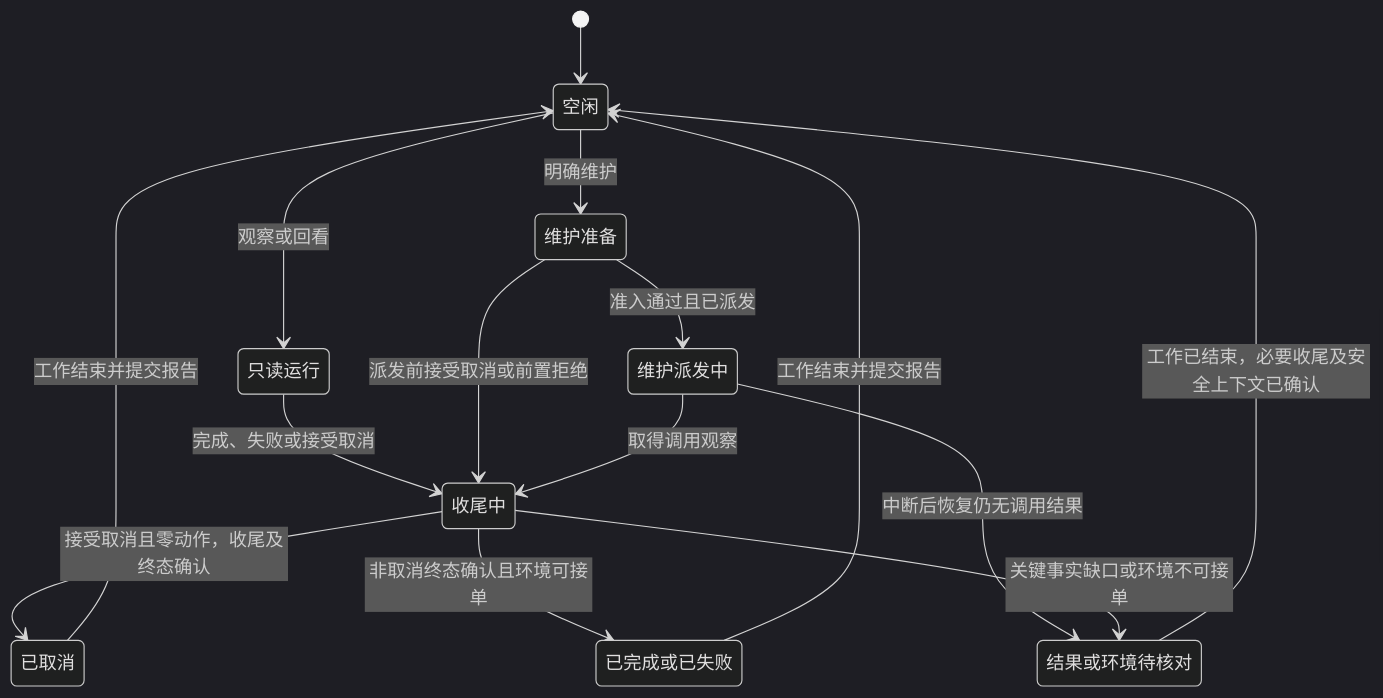
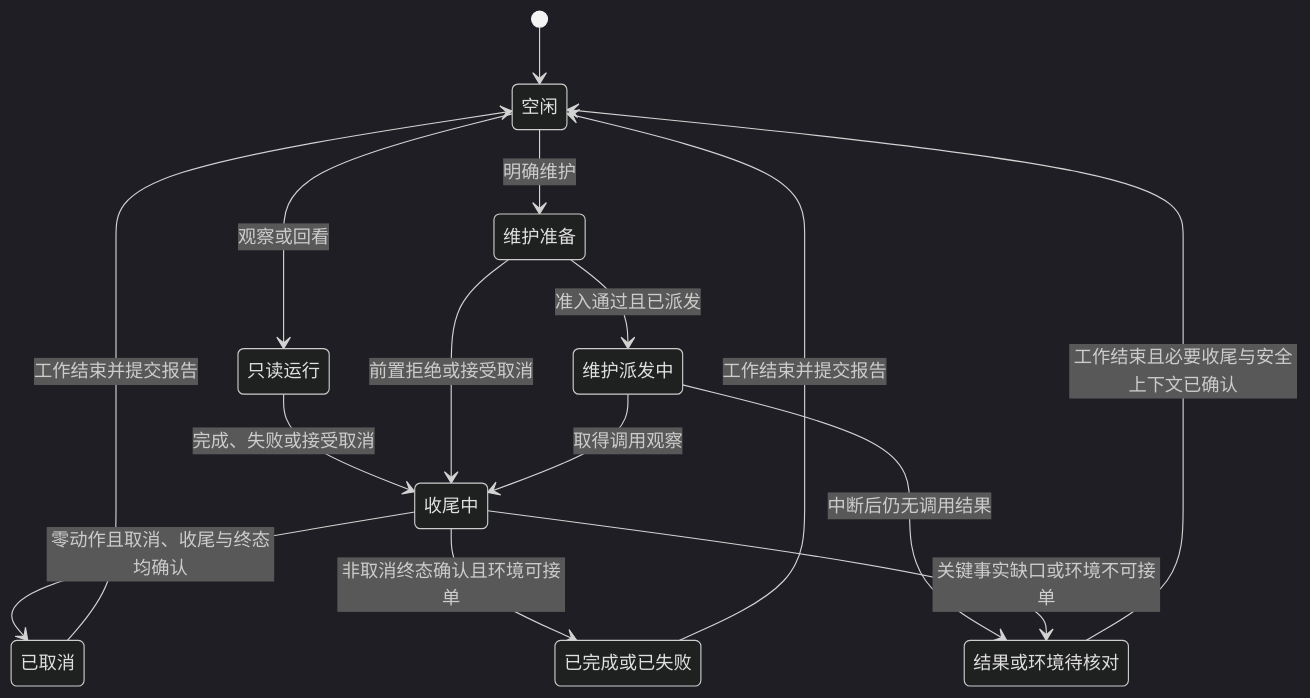
The fourth of 4 diagrams in docs/CPU 内存清理 架构设计.md (DreamSoul-AI/cpu-memory-cleanup), drawn with Mermaid (dark theme) before and after one commit. The commit also changed other lines of this file and 39 other files, not shown here.

````diff
--- a/docs/CPU 内存清理 架构设计.md
+++ b/docs/CPU 内存清理 架构设计.md
@@ -132,25 +146,25 @@
 ```mermaid
 stateDiagram-v2
     state "空闲" as Idle
     state "只读运行" as Reading
     state "维护准备" as Preparing
     state "维护派发中" as Calling
     state "收尾中" as Closing
     state "已取消" as Cancelled
     state "已完成或已失败" as Finished
     state "结果或环境待核对" as Unknown
     [*] --> Idle
     Idle --> Reading: 观察或回看
     Reading --> Closing: 完成、失败或接受取消
     Idle --> Preparing: 明确维护
     Preparing --> Calling: 准入通过且已派发
-    Preparing --> Closing: 派发前接受取消或前置拒绝
+    Preparing --> Closing: 前置拒绝或接受取消
     Calling --> Closing: 取得调用观察
-    Calling --> Unknown: 中断后恢复仍无调用结果
-    Closing --> Cancelled: 接受取消且零动作，收尾及终态确认
+    Calling --> Unknown: 中断后仍无调用结果
+    Closing --> Cancelled: 零动作且取消、收尾与终态均确认
     Closing --> Finished: 非取消终态确认且环境可接单
     Closing --> Unknown: 关键事实缺口或环境不可接单
     Finished --> Idle: 工作结束并提交报告
     Cancelled --> Idle: 工作结束并提交报告
-    Unknown --> Idle: 工作已结束，必要收尾及安全上下文已确认
+    Unknown --> Idle: 工作结束且必要收尾与安全上下文已确认
 ```
````
